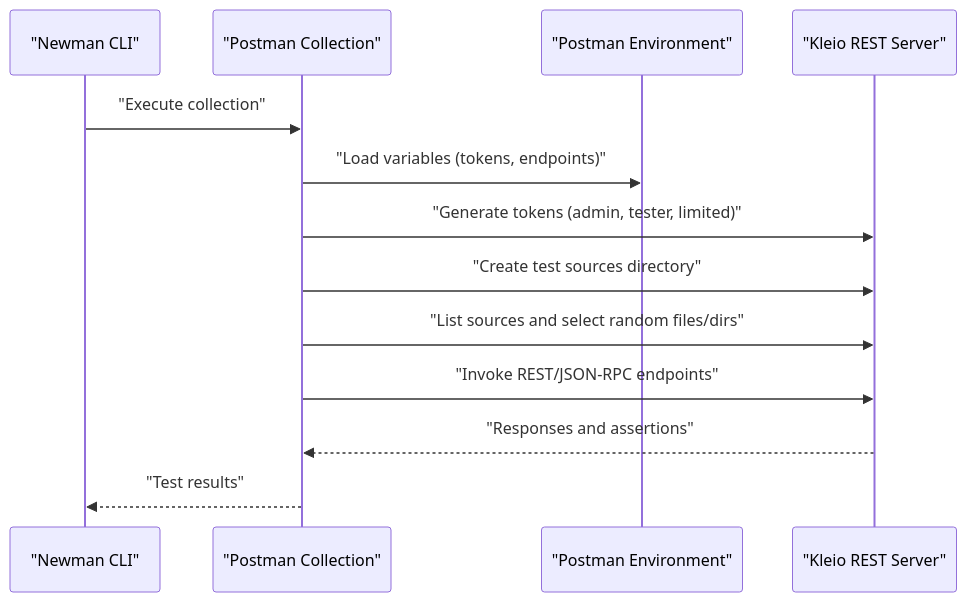
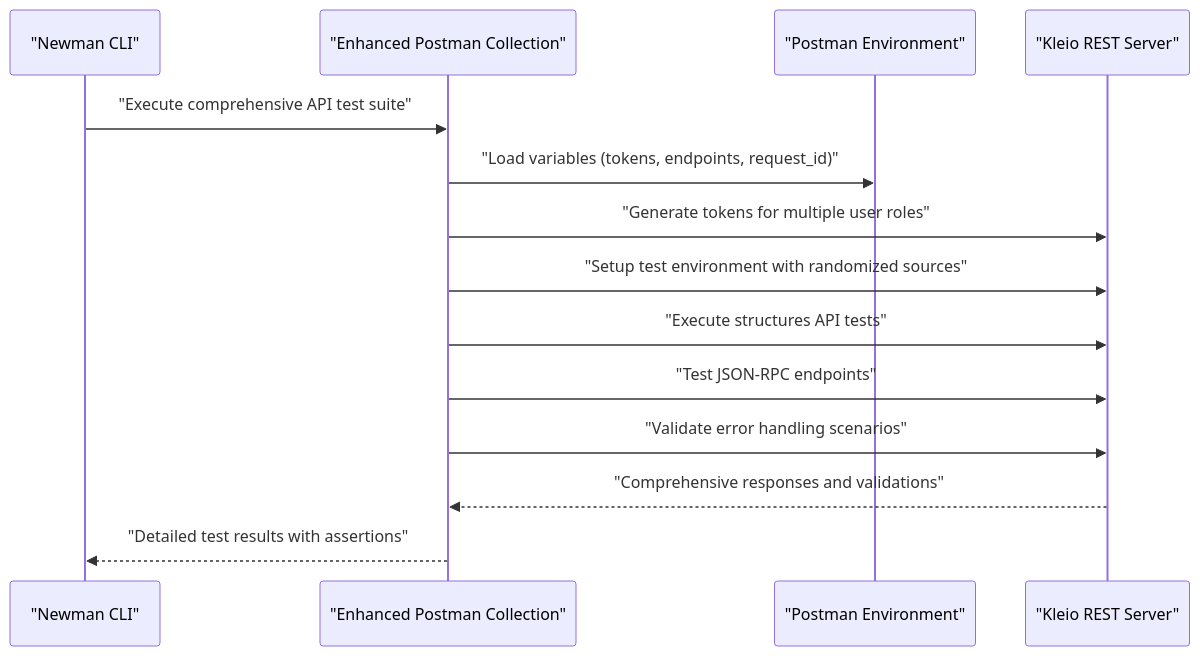
The fourth of 6 diagrams in .qoder/repowiki/en/content/Testing Framework/Testing Framework.md (time-link/timelink-kleio), drawn with Mermaid before and after one commit. The commit also changed other lines of this file and 189 other files, not shown here.

````diff
--- a/.qoder/repowiki/en/content/Testing Framework/Testing Framework.md
+++ b/.qoder/repowiki/en/content/Testing Framework/Testing Framework.md
@@ -188,15 +253,16 @@
 ```mermaid
 sequenceDiagram
 participant Newman as "Newman CLI"
-participant Postman as "Postman Collection"
+participant Postman as "Enhanced Postman Collection"
 participant Env as "Postman Environment"
 participant Server as "Kleio REST Server"
-Newman->>Postman : "Execute collection"
-Postman->>Env : "Load variables (tokens, endpoints)"
-Postman->>Server : "Generate tokens (admin, tester, limited)"
-Postman->>Server : "Create test sources directory"
-Postman->>Server : "List sources and select random files/dirs"
-Postman->>Server : "Invoke REST/JSON-RPC endpoints"
-Server-->>Postman : "Responses and assertions"
-Postman-->>Newman : "Test results"
+Newman->>Postman : "Execute comprehensive API test suite"
+Postman->>Env : "Load variables (tokens, endpoints, request_id)"
+Postman->>Server : "Generate tokens for multiple user roles"
+Postman->>Server : "Setup test environment with randomized sources"
+Postman->>Server : "Execute structures API tests"
+Postman->>Server : "Test JSON-RPC endpoints"
+Postman->>Server : "Validate error handling scenarios"
+Server-->>Postman : "Comprehensive responses and validations"
+Postman-->>Newman : "Detailed test results with assertions"
 ```
````
